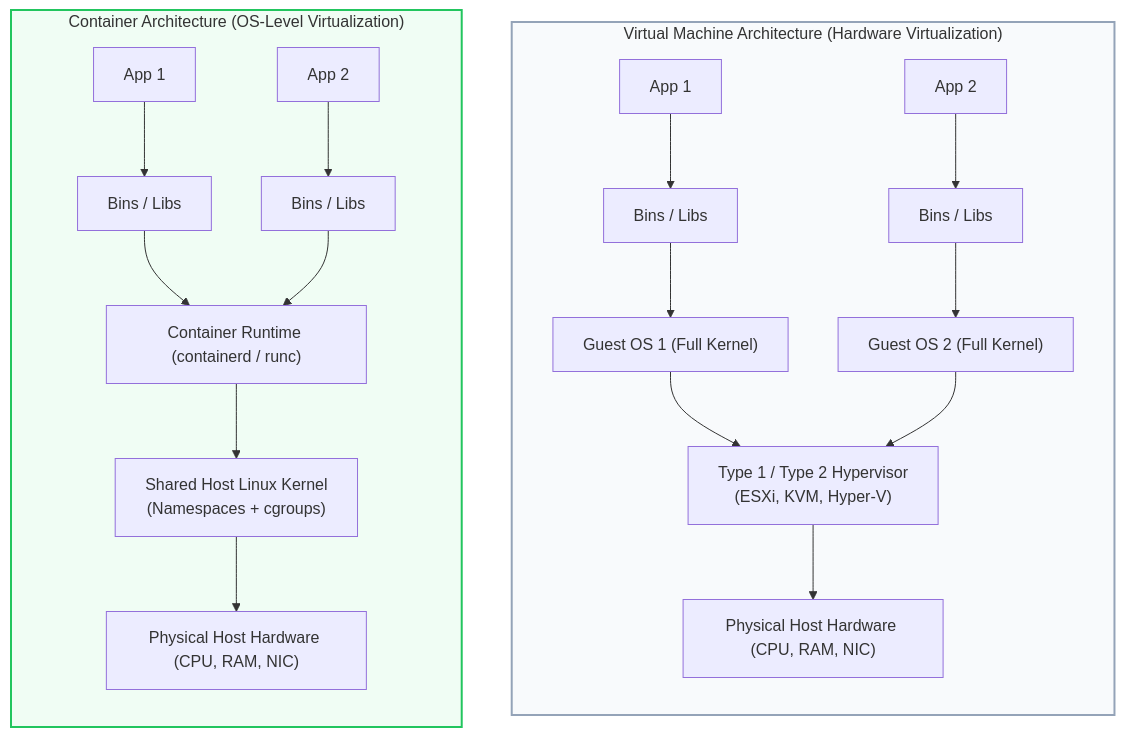
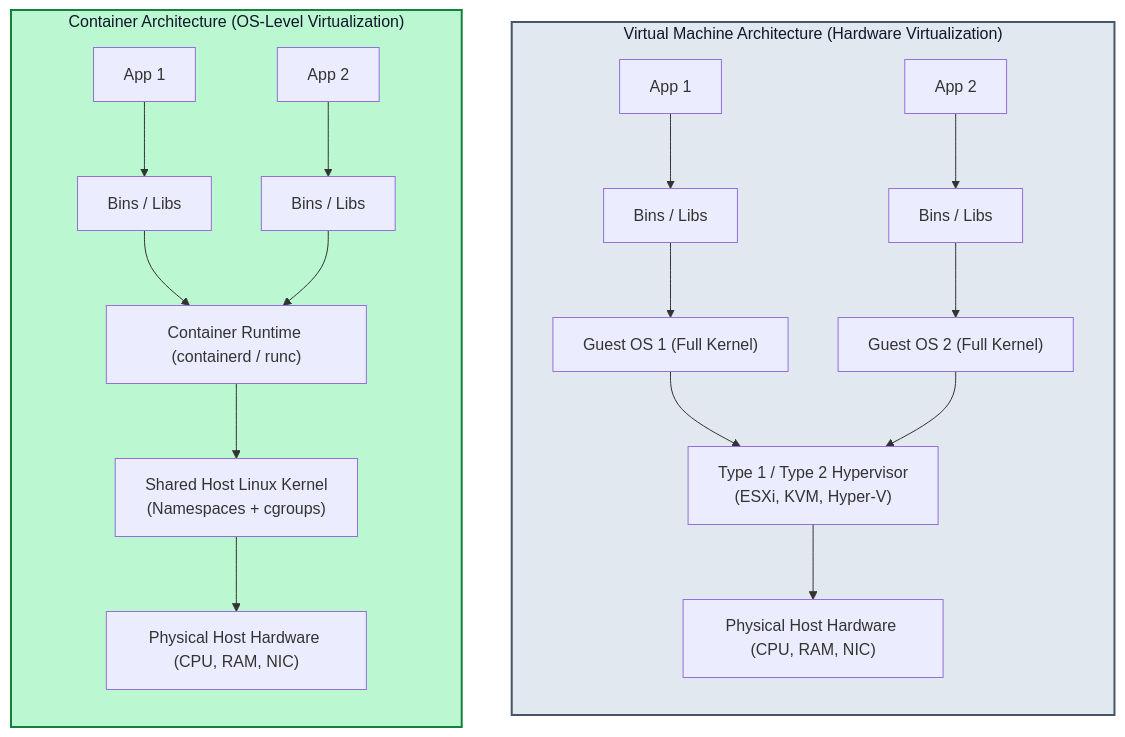
One commit to PandeyKishan/Study-Notes changed the fourth of 7 diagrams in 01-Docker/01-Core-Concepts-and-Architecture.md. Above: the diagram before and after it, drawn with Mermaid. The commit also changed other lines of this file and 22 other files, not shown here.

Commit message:
docs: enhance diagram visibility with high-contrast palette and add concise book definitions

````diff
--- a/01-Docker/01-Core-Concepts-and-Architecture.md
+++ b/01-Docker/01-Core-Concepts-and-Architecture.md
@@ -148,26 +150,26 @@
 ```mermaid
 flowchart TB
     subgraph VM_Arch["Virtual Machine Architecture (Hardware Virtualization)"]
         direction TB
         App1["App 1"] --> Lib1["Bins / Libs"]
         Lib1 --> GOS1["Guest OS 1 (Full Kernel)"]
         App2["App 2"] --> Lib2["Bins / Libs"]
         Lib2 --> GOS2["Guest OS 2 (Full Kernel)"]
         GOS1 --> Hyp["Type 1 / Type 2 Hypervisor\n(ESXi, KVM, Hyper-V)"]
         GOS2 --> Hyp
         Hyp --> HostHW1["Physical Host Hardware (CPU, RAM, NIC)"]
     end
 
     subgraph Cont_Arch["Container Architecture (OS-Level Virtualization)"]
         direction TB
         AppC1["App 1"] --> LibC1["Bins / Libs"]
         AppC2["App 2"] --> LibC2["Bins / Libs"]
         LibC1 --> Engine["Container Runtime (containerd / runc)"]
         LibC2 --> Engine
         Engine --> SharedKernel["Shared Host Linux Kernel\n(Namespaces + cgroups)"]
         SharedKernel --> HostHW2["Physical Host Hardware (CPU, RAM, NIC)"]
     end
 
-    style VM_Arch fill:#f8fafc,stroke:#94a3b8,stroke-width:2px
-    style Cont_Arch fill:#f0fdf4,stroke:#22c55e,stroke-width:2px
+    style VM_Arch fill:#e2e8f0,stroke:#475569,stroke-width:2px,color:#0f172a
+    style Cont_Arch fill:#bbf7d0,stroke:#15803d,stroke-width:2px,color:#0f172a
 ```
````
